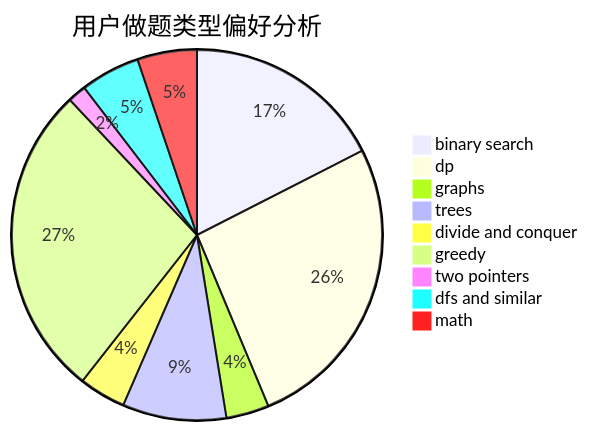
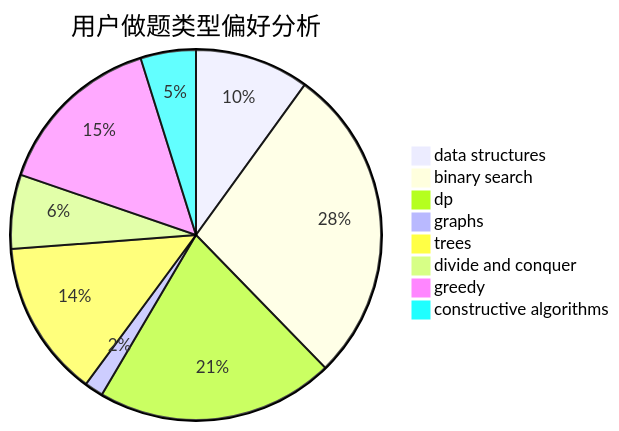
The second of 3 diagrams in docs/user/u309.md (sherpahu/cfrs.github.io), drawn with Mermaid before and after one commit. The commit also changed other lines of this file and 2775 other files, not shown here.

````diff
--- a/docs/user/u309.md
+++ b/docs/user/u309.md
@@ -23,12 +23,11 @@
 ```mermaid
 pie title 用户做题类型偏好分析
-    "binary search" :  313
-    "dp" :  469
-    "graphs" :  67
-    "trees" :  162
-    "divide and conquer" :  73
-    "greedy" :  490
-    "two pointers" :  29
-    "dfs and similar" :  93
-    "math" :  93
+    "data structures" :  97
+    "binary search" :  270
+    "dp" :  202
+    "graphs" :  16
+    "trees" :  133
+    "divide and conquer" :  63
+    "greedy" :  145
+    "constructive algorithms" :  47
 ```
````
